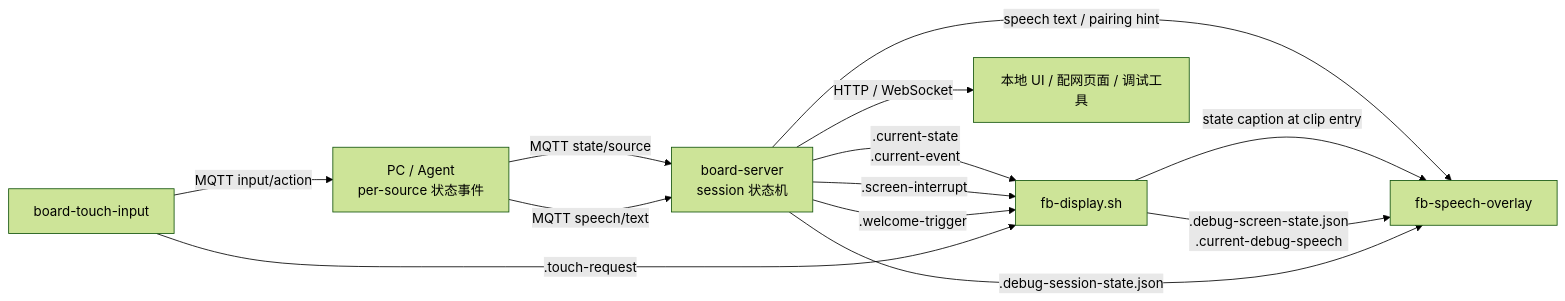
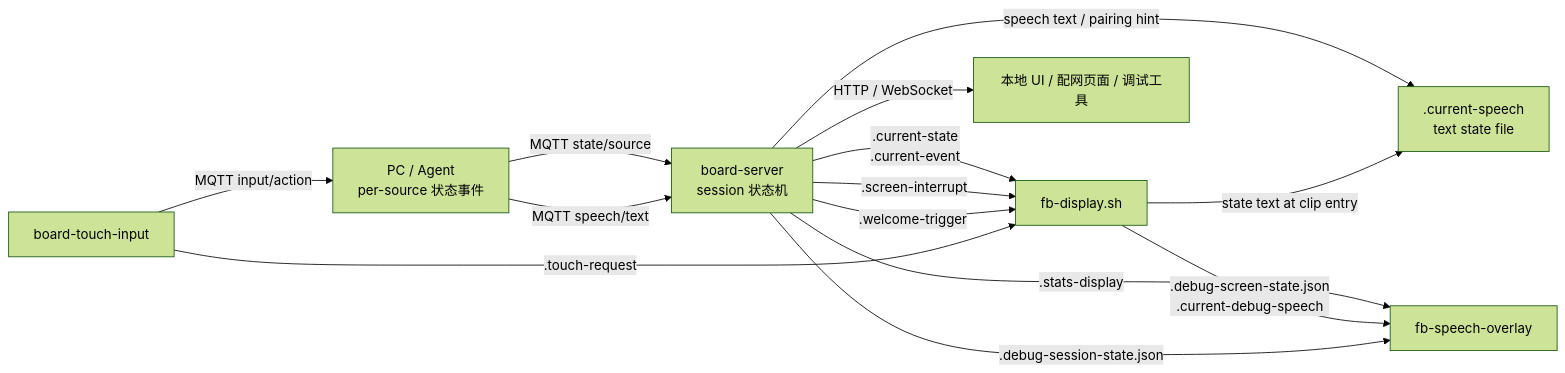
The diagram in board-runtime/docs/device-runtime-design.md (YizhengWw/HachimoDock), drawn with Mermaid (forest theme) before and after one commit. The commit also changed other lines of this file and 36 other files, not shown here.

````diff
--- a/board-runtime/docs/device-runtime-design.md
+++ b/board-runtime/docs/device-runtime-design.md
@@ -69,15 +69,17 @@
 ```mermaid
 flowchart LR
   Upstream["PC / Agent<br/>per-source 状态事件"] -->|MQTT state/source| Server["board-server<br/>session 状态机"]
   Upstream -->|MQTT speech/text| Server
   Server -->|.current-state<br/>.current-event| Display["fb-display.sh"]
-  Server -->|speech text / pairing hint| Overlay["fb-speech-overlay"]
-  Display -->|state caption at clip entry| Overlay
+  TextFile[".current-speech<br/>text state file"]
+  Server -->|speech text / pairing hint| TextFile
+  Display -->|state text at clip entry| TextFile
   Server -->|.screen-interrupt| Display
   Server -->|.welcome-trigger| Display
   Touch["board-touch-input"] -->|.touch-request| Display
   Touch -->|MQTT input/action| Upstream
+  Server -->|.stats-display| Overlay["fb-speech-overlay"]
   Display -->|.debug-screen-state.json<br/>.current-debug-speech| Overlay
   Server -->|.debug-session-state.json| Overlay
   Server -->|HTTP / WebSocket| LocalUI["本地 UI / 配网页面 / 调试工具"]
 ```
````
